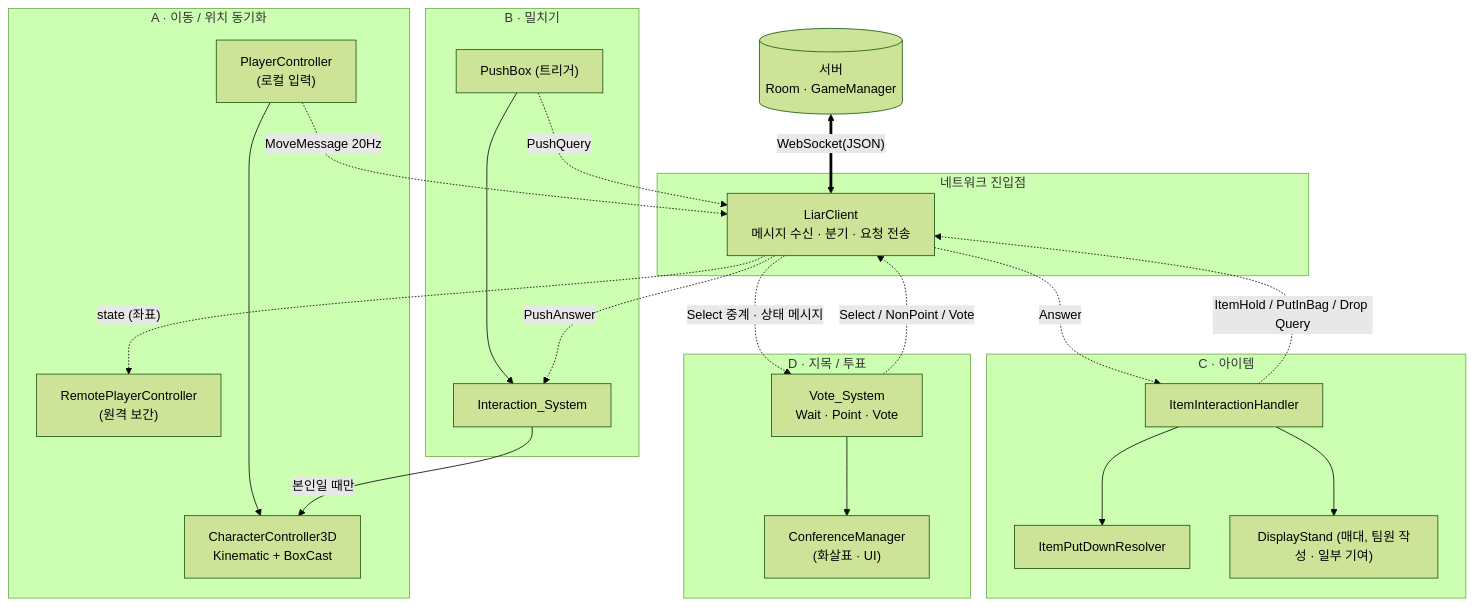
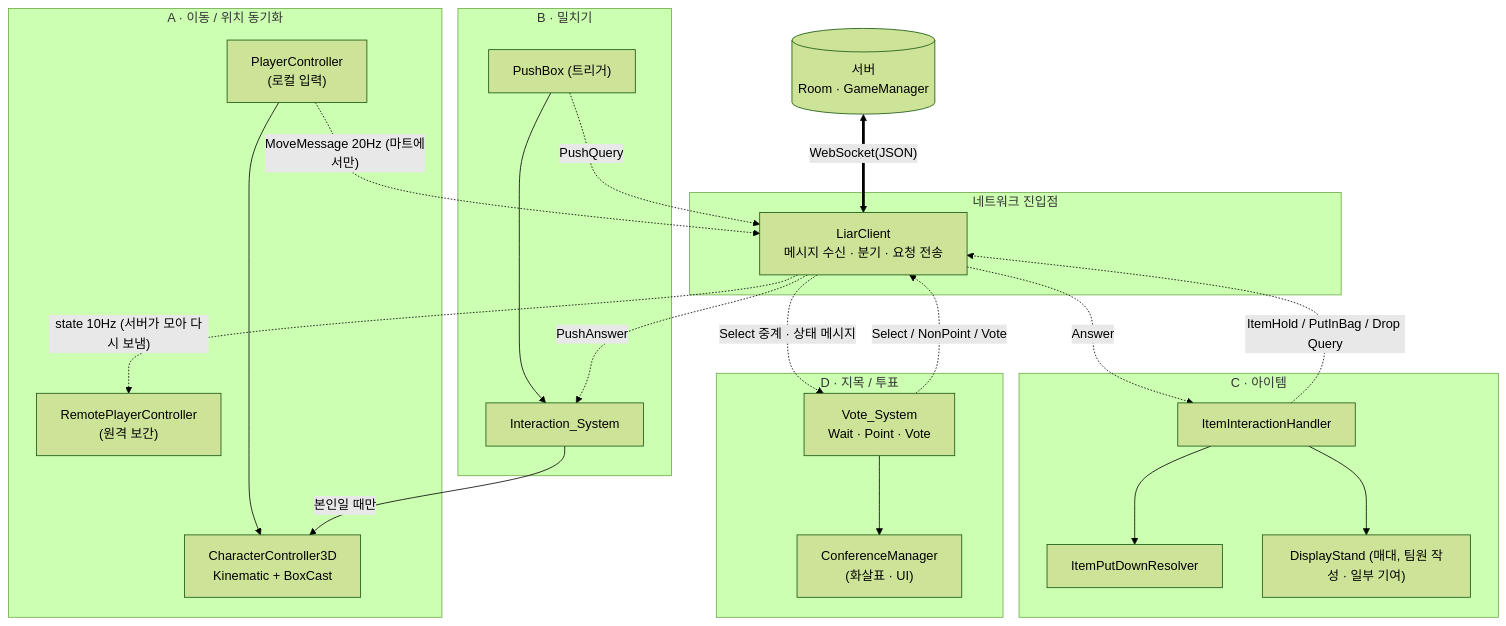
The seventh of 7 diagrams in src/02-market-liar/기술문서.md (NaJungWon/portfolio), drawn with Mermaid (forest theme) before and after one commit. The commit also changed other lines of this file and 14 other files, not shown here.

````diff
--- a/src/02-market-liar/기술문서.md
+++ b/src/02-market-liar/기술문서.md
@@ -961,37 +897,37 @@
 ```mermaid
 flowchart TB
     SV[("서버<br/>Room · GameManager")]
 
     subgraph NET["네트워크 진입점"]
         LC["LiarClient<br/>메시지 수신 · 분기 · 요청 전송"]
     end
 
     subgraph A["A · 이동 / 위치 동기화"]
         PC["PlayerController<br/>(로컬 입력)"] --> CC["CharacterController3D<br/>Kinematic + BoxCast"]
         RPC["RemotePlayerController<br/>(원격 보간)"]
     end
 
     subgraph B["B · 밀치기"]
         PB["PushBox (트리거)"] --> IS["Interaction_System"]
     end
 
     subgraph C["C · 아이템"]
         IIH["ItemInteractionHandler"] --> RES["ItemPutDownResolver"]
         IIH --> DS["DisplayStand (매대, 팀원 작성 · 일부 기여)"]
     end
 
     subgraph D["D · 지목 / 투표"]
         VS["Vote_System<br/>Wait · Point · Vote"] --> CM["ConferenceManager<br/>(화살표 · UI)"]
     end
 
     SV <==>|"WebSocket(JSON)"| LC
-    PC -.->|"MoveMessage 20Hz"| LC
-    LC -.->|"state (좌표)"| RPC
+    PC -.->|"MoveMessage 20Hz (마트에서만)"| LC
+    LC -.->|"state 10Hz (서버가 모아 다시 보냄)"| RPC
     PB -.->|"PushQuery"| LC
     LC -.->|"PushAnswer"| IS
     IS -->|본인일 때만| CC
     IIH -.->|"ItemHold / PutInBag / Drop Query"| LC
     LC -.->|"Answer"| IIH
     VS -.->|"Select / NonPoint / Vote"| LC
     LC -.->|"Select 중계 · 상태 메시지"| VS
 ```
````
